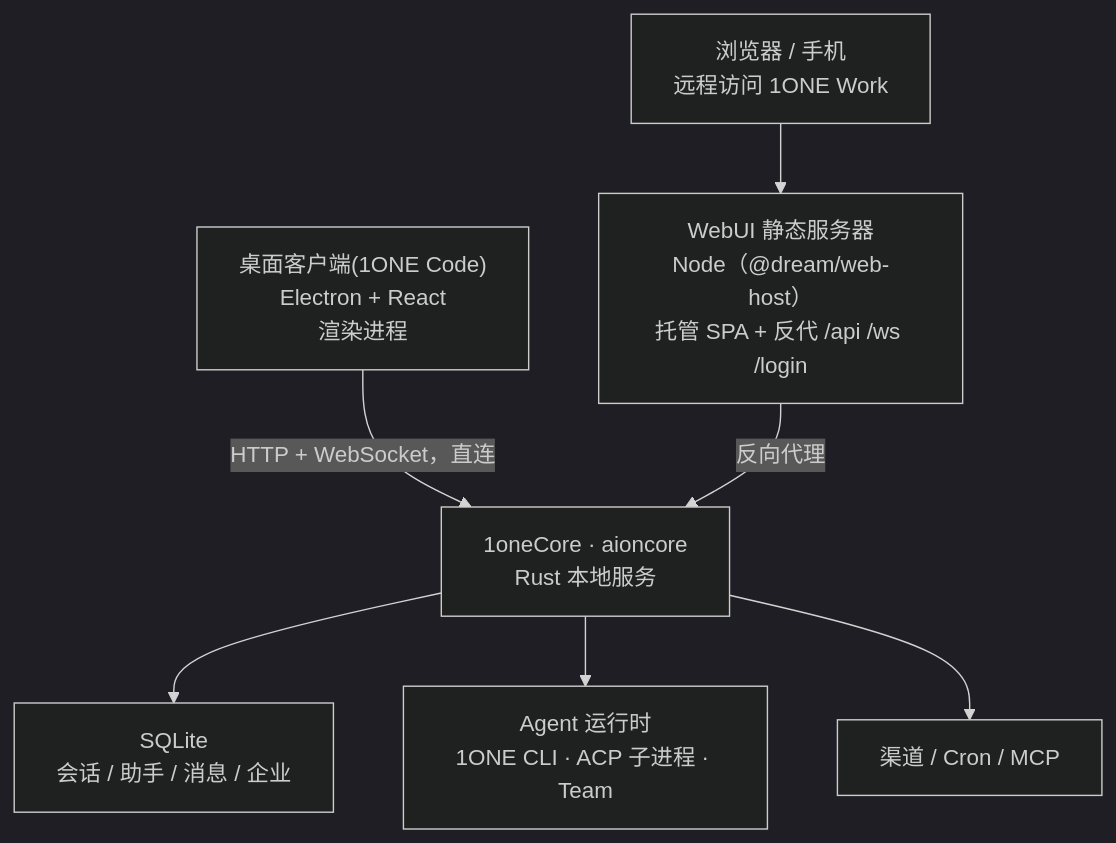
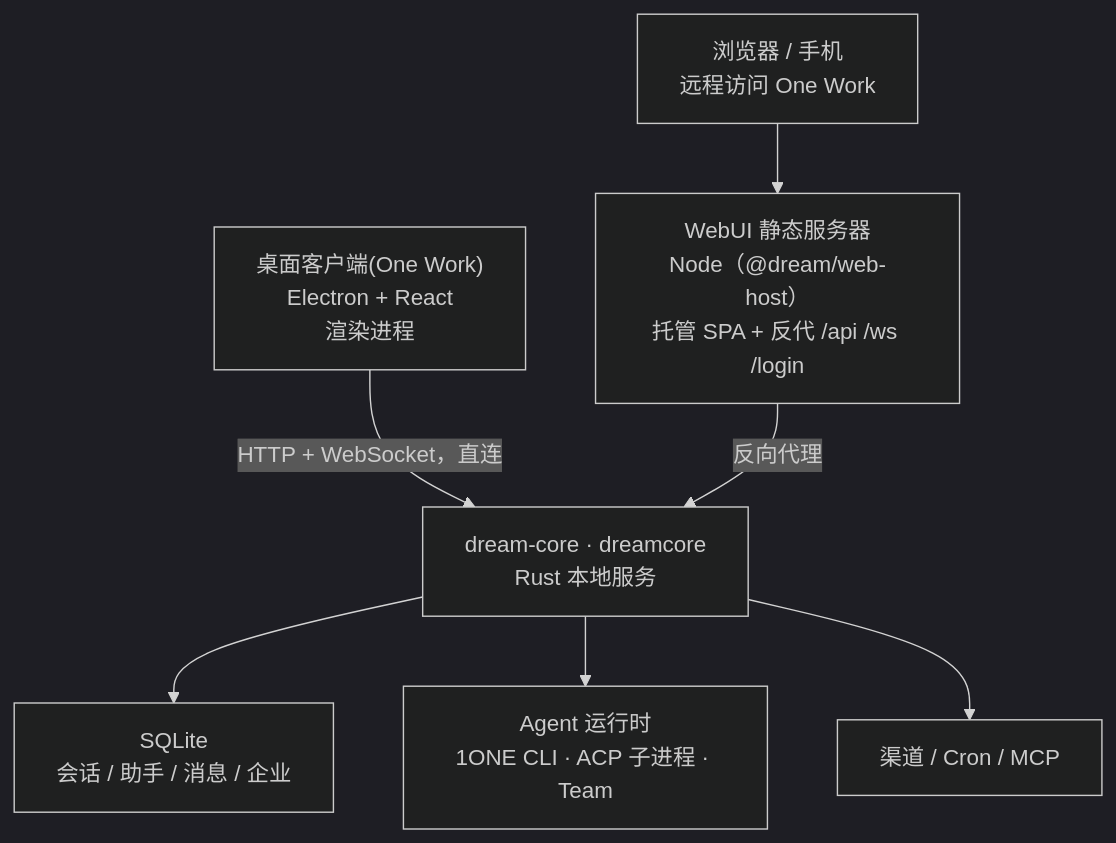
Before and after one commit to gaogg521/dream-ui: the diagram in README.md, drawn with Mermaid (dark theme). The commit also changed other lines of this file and 94 other files, not shown here.

````diff
--- a/README.md
+++ b/README.md
@@ -516,15 +515,15 @@
 ```mermaid
 flowchart TB
-  Desktop["桌面客户端(1ONE Code)<br/>Electron + React<br/>渲染进程"]
+  Desktop["桌面客户端(One Work)<br/>Electron + React<br/>渲染进程"]
   WebHost["WebUI 静态服务器<br/>Node（@dream/web-host）<br/>托管 SPA + 反代 /api /ws /login"]
-  Browser["浏览器 / 手机<br/>远程访问 1ONE Work"]
-  Core["1oneCore · aioncore<br/>Rust 本地服务"]
+  Browser["浏览器 / 手机<br/>远程访问 One Work"]
+  Core["dream-core · dreamcore<br/>Rust 本地服务"]
   DB["SQLite<br/>会话 / 助手 / 消息 / 企业"]
   Agents["Agent 运行时<br/>1ONE CLI · ACP 子进程 · Team"]
   Channels["渠道 / Cron / MCP"]
 
   Desktop -->|HTTP + WebSocket，直连| Core
   Browser --> WebHost
   WebHost -->|反向代理| Core
   Core --> DB & Agents & Channels
 ```
````
